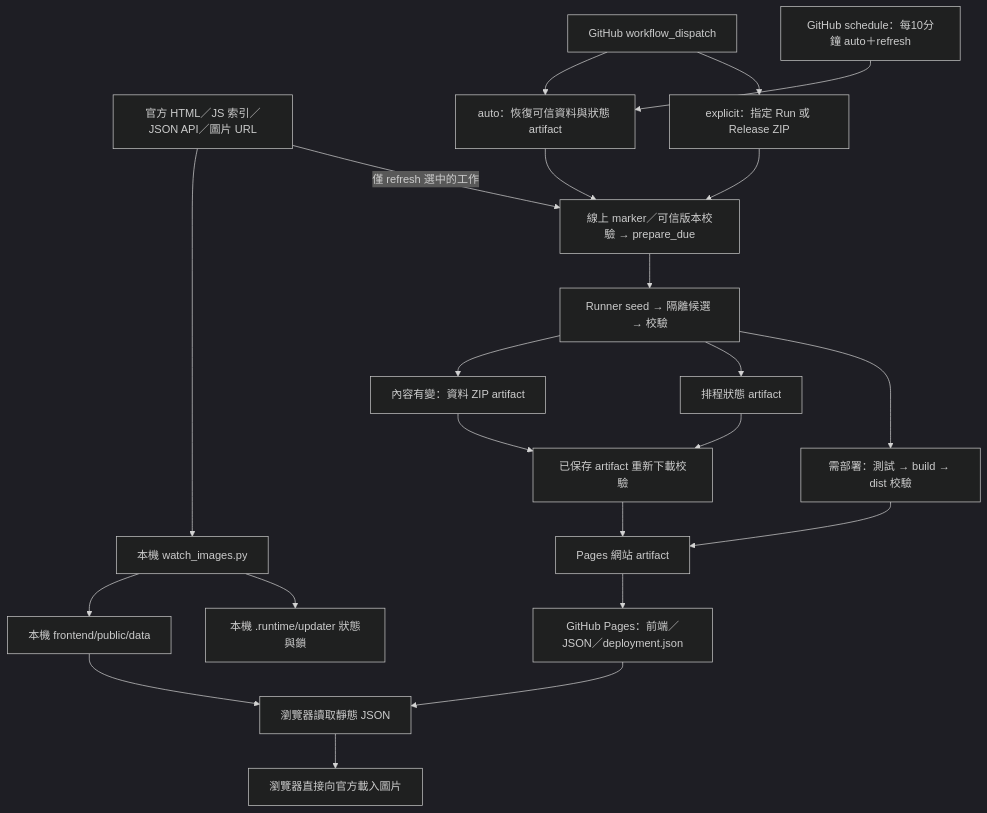
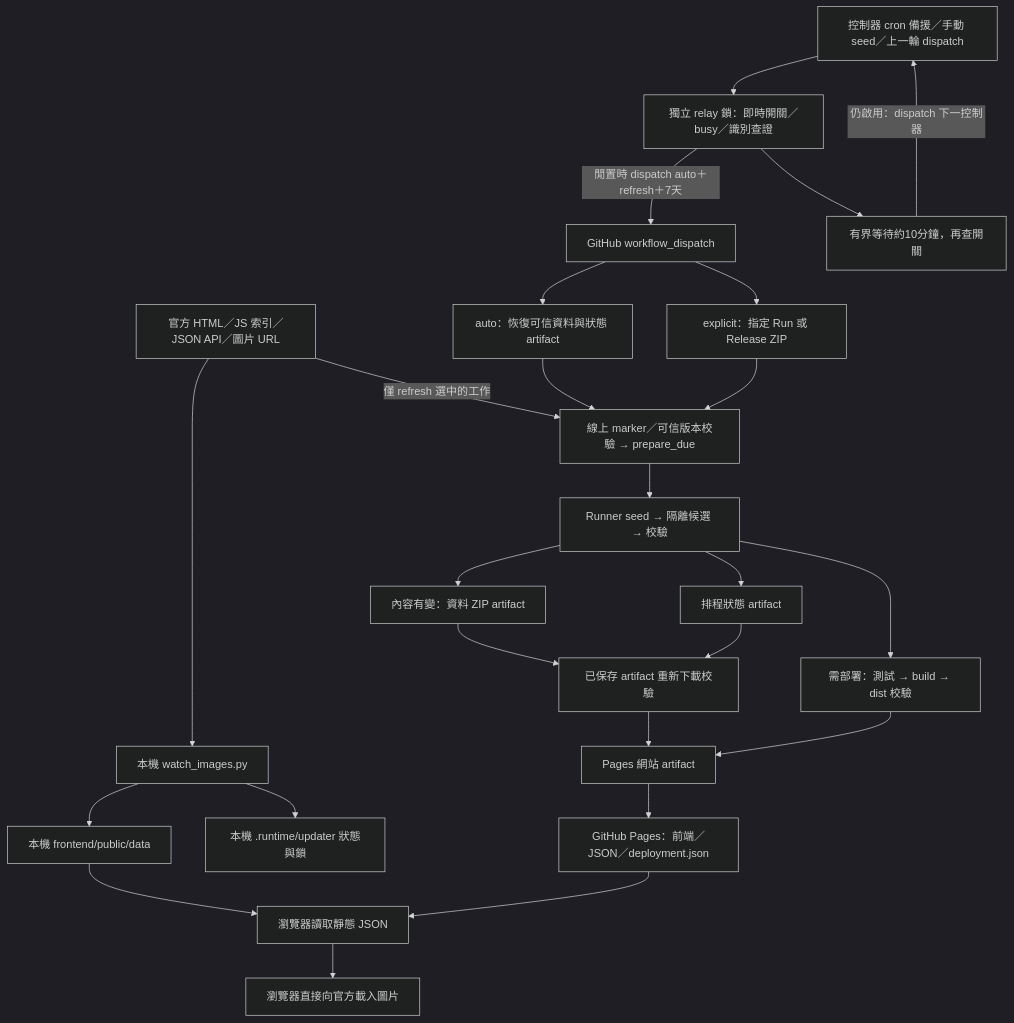
The diagram in docs/data-flow.md (22cthss-lgtm/Weather_Integration_Static), drawn with Mermaid (dark theme) before and after one commit. The commit also changed other lines of this file and 8 other files, not shown here.

````diff
--- a/docs/data-flow.md
+++ b/docs/data-flow.md
@@ -15,43 +15,48 @@
 ```mermaid
 flowchart TD
     S[官方 HTML／JS 索引／JSON API／圖片 URL]
     L[本機 watch_images.py]
     P[本機 frontend/public/data]
     LS[本機 .runtime/updater 狀態與鎖]
     J[GitHub workflow_dispatch]
     A[auto：恢復可信資料與狀態 artifact]
     E[explicit：指定 Run 或 Release ZIP]
     D[線上 marker／可信版本校驗 → prepare_due]
     C[Runner seed → 隔離候選 → 校驗]
     Z[內容有變：資料 ZIP artifact]
     ST[排程狀態 artifact]
     B[需部署：測試 → build → dist 校驗]
     V[已保存 artifact 重新下載校驗]
     PA[Pages 網站 artifact]
     PG[GitHub Pages：前端／JSON／deployment.json]
     BR[瀏覽器讀取靜態 JSON]
     IMG[瀏覽器直接向官方載入圖片]
-    Q[GitHub schedule：每10分鐘 auto＋refresh]
+    Q[控制器 cron 備援／手動 seed／上一輪 dispatch]
+    RC[獨立 relay 鎖：即時開關／busy／識別查證]
+    RW[有界等待約10分鐘，再查開關]
 
     S --> L
     L --> P
     L --> LS
     P --> BR
     J --> A
     J --> E
     A --> D
     E --> D
     S -->|僅 refresh 選中的工作| D
     D --> C
     C --> Z
     C --> ST
     C --> B
     Z --> V
     ST --> V
     B --> PA
     V --> PA
     PA --> PG
     PG --> BR
     BR --> IMG
-    Q --> A
+    Q --> RC
+    RC -->|閒置時 dispatch auto＋refresh＋7天| J
+    RC --> RW
+    RW -->|仍啟用：dispatch 下一控制器| Q
 ```
````
